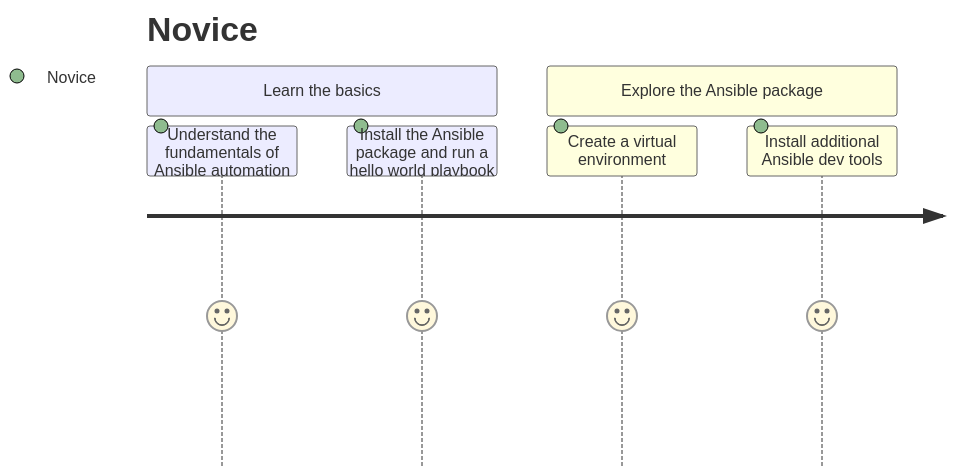
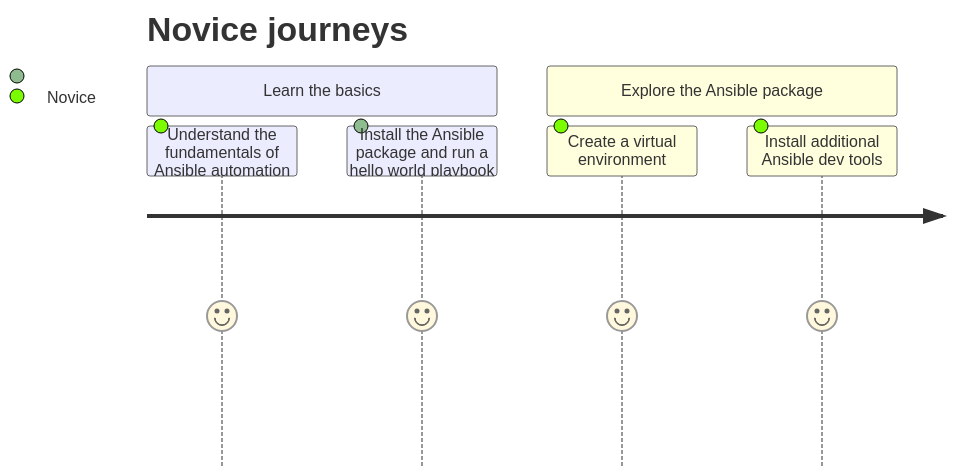
Before and after one commit to oraNod/community-team: the first of 2 diagrams in user-journey-maps/ansible-user-journey-maps.md, drawn with Mermaid. The commit also changed other lines of this file, not shown here.

````diff
--- a/user-journey-maps/ansible-user-journey-maps.md
+++ b/user-journey-maps/ansible-user-journey-maps.md
@@ -51,10 +9,10 @@
 ```mermaid
 journey
-    title Novice
+    title Novice journeys
     section Learn the basics
       Understand the fundamentals of Ansible automation: 5: Novice
-      Install the Ansible package and run a hello world playbook: 5: Novice
+      Install the Ansible package and run a hello world playbook: 5:
     section Explore the Ansible package
       Create a virtual environment: 5: Novice
       Install additional Ansible dev tools: 5: Novice
 ```
````
